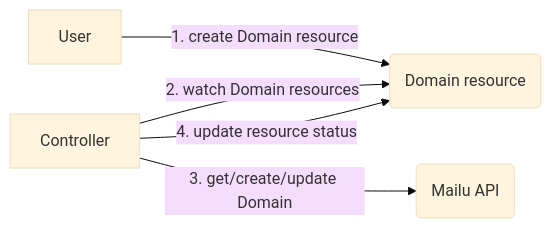
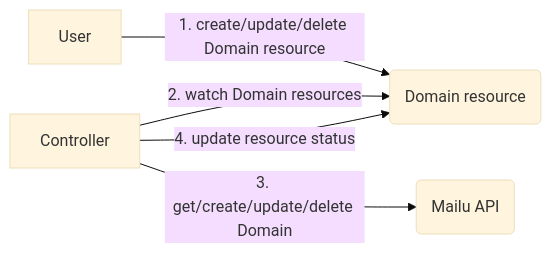
The diagram in README.md (SickHub/mailu-operator), drawn with Mermaid (base theme) before and after one commit. The commit also changed other lines of this file and 4 other files, not shown here.

````diff
--- a/README.md
+++ b/README.md
@@ -61,12 +64,12 @@
 ```mermaid
 flowchart LR
   CRD(Domain resource)
   Controller
   MailuAPI(Mailu API)
   
-  User -- 1. create Domain resource --> CRD
+  User -- 1. create/update/delete Domain resource --> CRD
   
   Controller -- 2. watch Domain resources --> CRD
-  Controller -- 3. get/create/update Domain --> MailuAPI
+  Controller -- 3. get/create/update/delete Domain --> MailuAPI
   Controller -- 4. update resource status --> CRD
 ```
````
